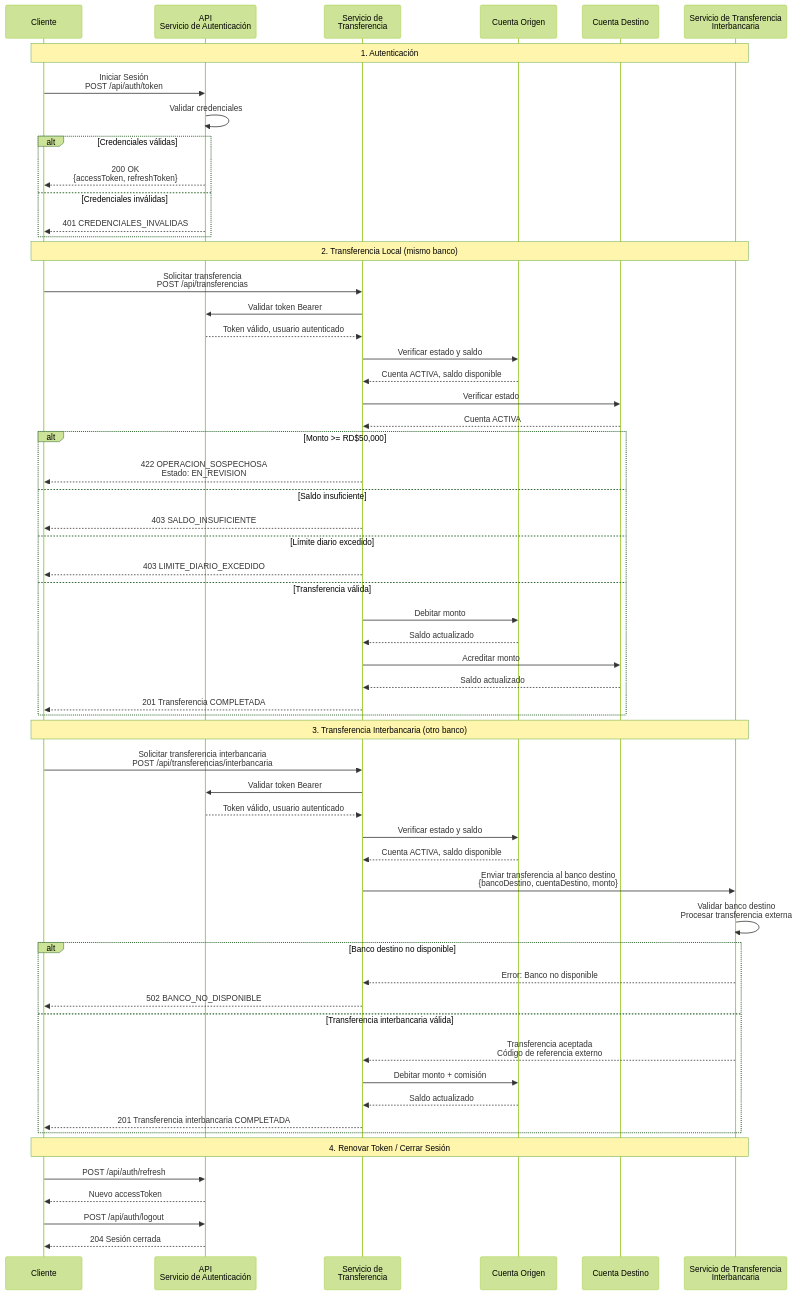
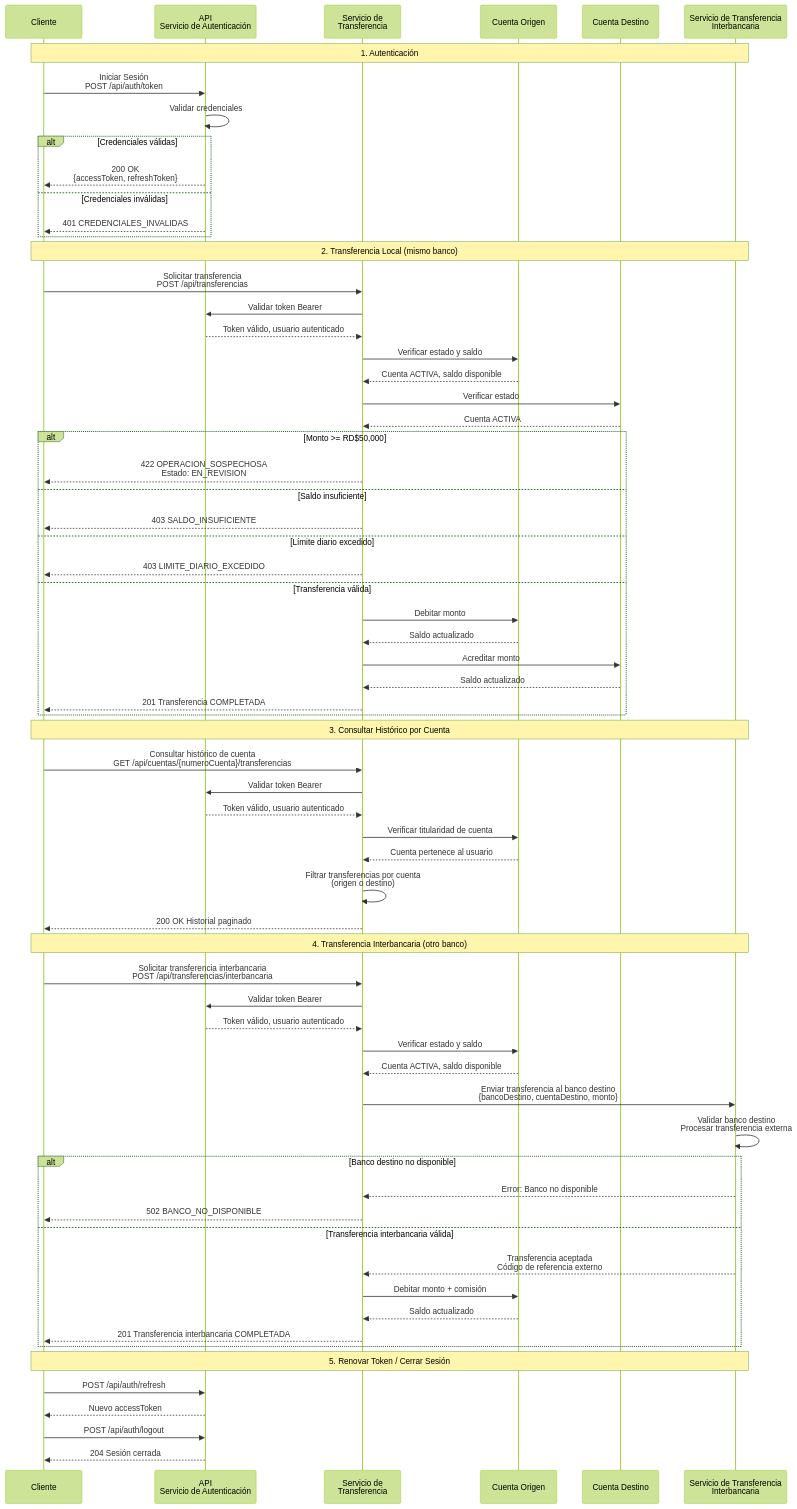
Before and after one commit to JMarcosz/NetBanking-UNICDA: the first of 2 diagrams in explicacion/flujo_autenticacion_y_roles.md, drawn with Mermaid (forest theme). The commit also changed other lines of this file and 3 other files, not shown here.

Commit message:
Agregar consultar historico de cuenta

```diff
--- a/explicacion/flujo_autenticacion_y_roles.md
+++ b/explicacion/flujo_autenticacion_y_roles.md
@@ -47,7 +47,17 @@
         ST-->>CL: 201 Transferencia COMPLETADA
     end
 
-    Note over CL,SI: 3. Transferencia Interbancaria (otro banco)
+    Note over CL,SI: 3. Consultar Histórico por Cuenta
+
+    CL->>ST: Consultar histórico de cuenta<br/>GET /api/cuentas/{numeroCuenta}/transferencias
+    ST->>AUTH: Validar token Bearer
+    AUTH-->>ST: Token válido, usuario autenticado
+    ST->>CO: Verificar titularidad de cuenta
+    CO-->>ST: Cuenta pertenece al usuario
+    ST->>ST: Filtrar transferencias por cuenta<br/>(origen o destino)
+    ST-->>CL: 200 OK Historial paginado
+
+    Note over CL,SI: 4. Transferencia Interbancaria (otro banco)
 
     CL->>ST: Solicitar transferencia interbancaria<br/>POST /api/transferencias/interbancaria
     ST->>AUTH: Validar token Bearer
@@ -69,7 +79,7 @@
         ST-->>CL: 201 Transferencia interbancaria COMPLETADA
     end
 
-    Note over CL,SI: 4. Renovar Token / Cerrar Sesión
+    Note over CL,SI: 5. Renovar Token / Cerrar Sesión
 
     CL->>AUTH: POST /api/auth/refresh
     AUTH-->>CL: Nuevo accessToken
```
